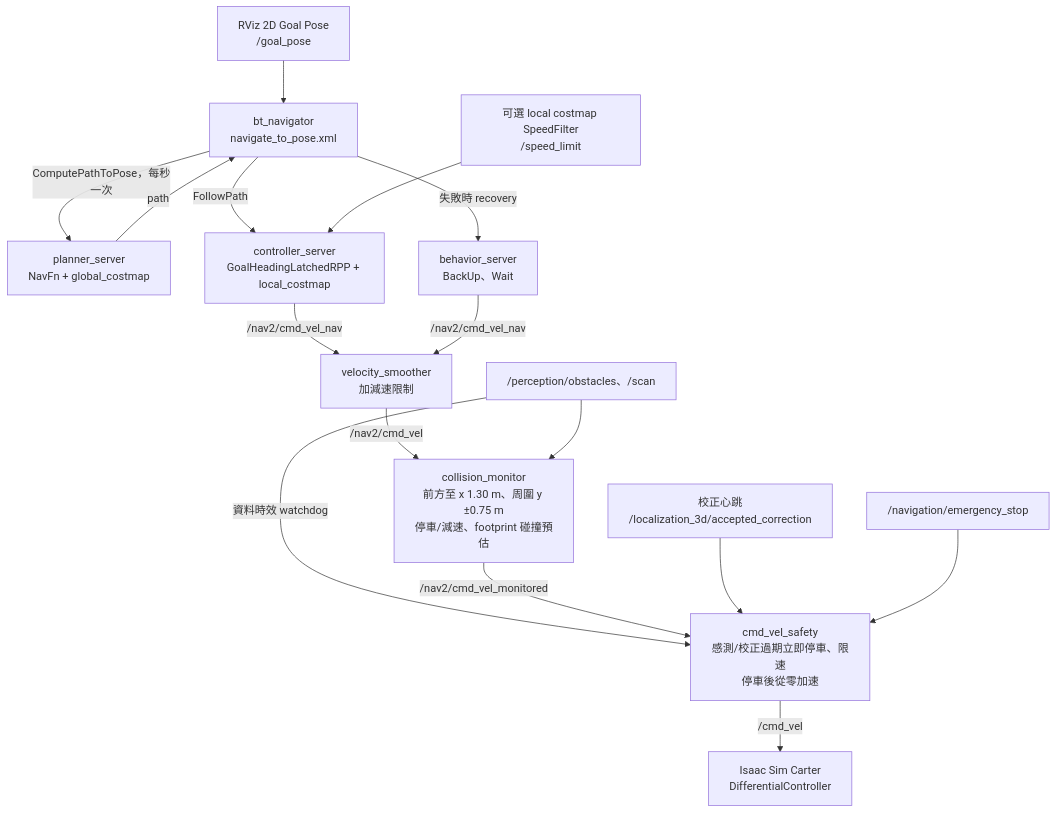
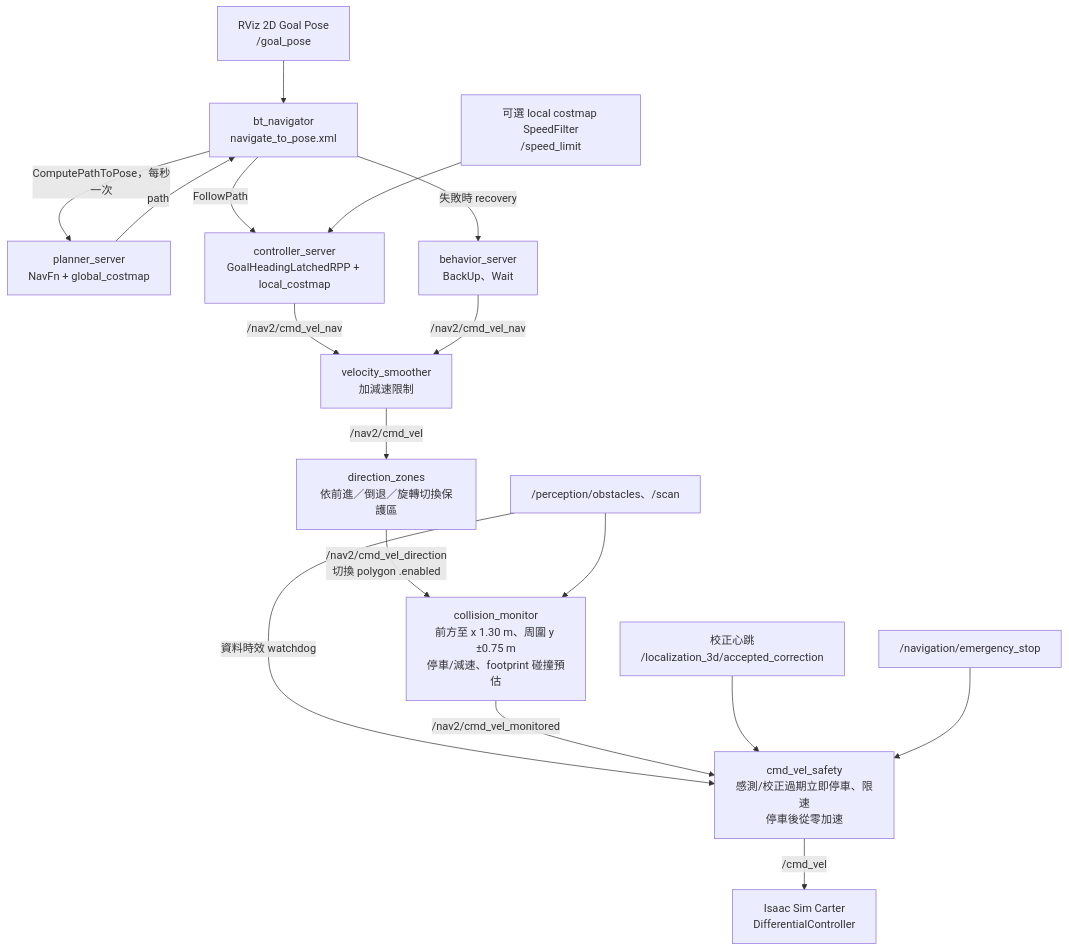
One commit to piggaycheng/isaacsim_fast-lio2-slam changed the second of 6 diagrams in docs/nav.md. Above: the diagram before and after it, drawn with Mermaid. The commit also changed other lines of this file and 15 other files, not shown here.

````diff
--- a/docs/nav.md
+++ b/docs/nav.md
@@ -77,31 +77,33 @@
 ```mermaid
 flowchart TD
     Goal["RViz 2D Goal Pose<br/>/goal_pose"]
     BT["bt_navigator<br/>navigate_to_pose.xml"]
     Planner["planner_server<br/>NavFn + global_costmap"]
     Controller["controller_server<br/>GoalHeadingLatchedRPP + local_costmap"]
     Behavior["behavior_server<br/>BackUp、Wait"]
     Smoother["velocity_smoother<br/>加減速限制"]
+    Direction["direction_zones<br/>依前進／倒退／旋轉切換保護區"]
     Monitor["collision_monitor<br/>前方至 x 1.30 m、周圍 y ±0.75 m<br/>停車/減速、footprint 碰撞預估"]
     Obstacles["/perception/obstacles、/scan"]
     Safety["cmd_vel_safety<br/>感測/校正過期立即停車、限速<br/>停車後從零加速"]
     Correction["校正心跳<br/>/localization_3d/accepted_correction"]
     EStop["/navigation/emergency_stop"]
     Isaac["Isaac Sim Carter<br/>DifferentialController"]
 
     Goal --> BT
     BT -->|"ComputePathToPose，每秒一次"| Planner
     Planner -->|"path"| BT
     BT -->|"FollowPath"| Controller
     BT -->|"失敗時 recovery"| Behavior
     Controller -->|"/nav2/cmd_vel_nav"| Smoother
     Behavior -->|"/nav2/cmd_vel_nav"| Smoother
-    Smoother -->|"/nav2/cmd_vel"| Monitor
+    Smoother -->|"/nav2/cmd_vel"| Direction
+    Direction -->|"/nav2/cmd_vel_direction<br/>切換 polygon .enabled"| Monitor
     Obstacles --> Monitor
     Obstacles -->|"資料時效 watchdog"| Safety
     Monitor -->|"/nav2/cmd_vel_monitored"| Safety
     Correction --> Safety
     EStop --> Safety
     Safety -->|"/cmd_vel"| Isaac
     Speed["可選 local costmap SpeedFilter<br/>/speed_limit"] --> Controller
 ```
````
